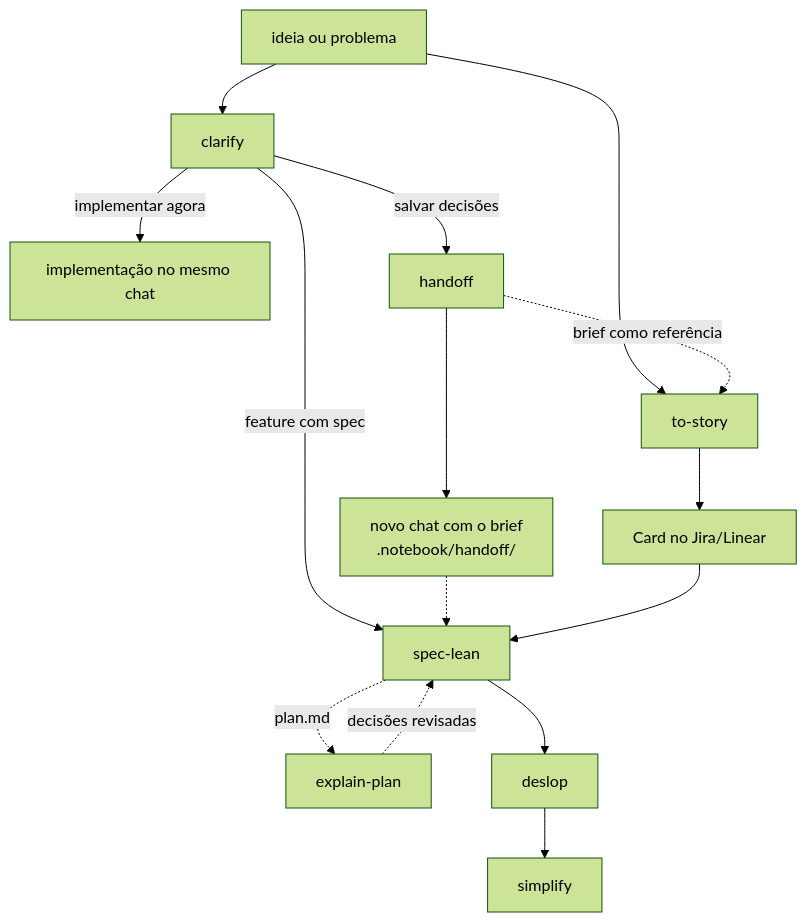
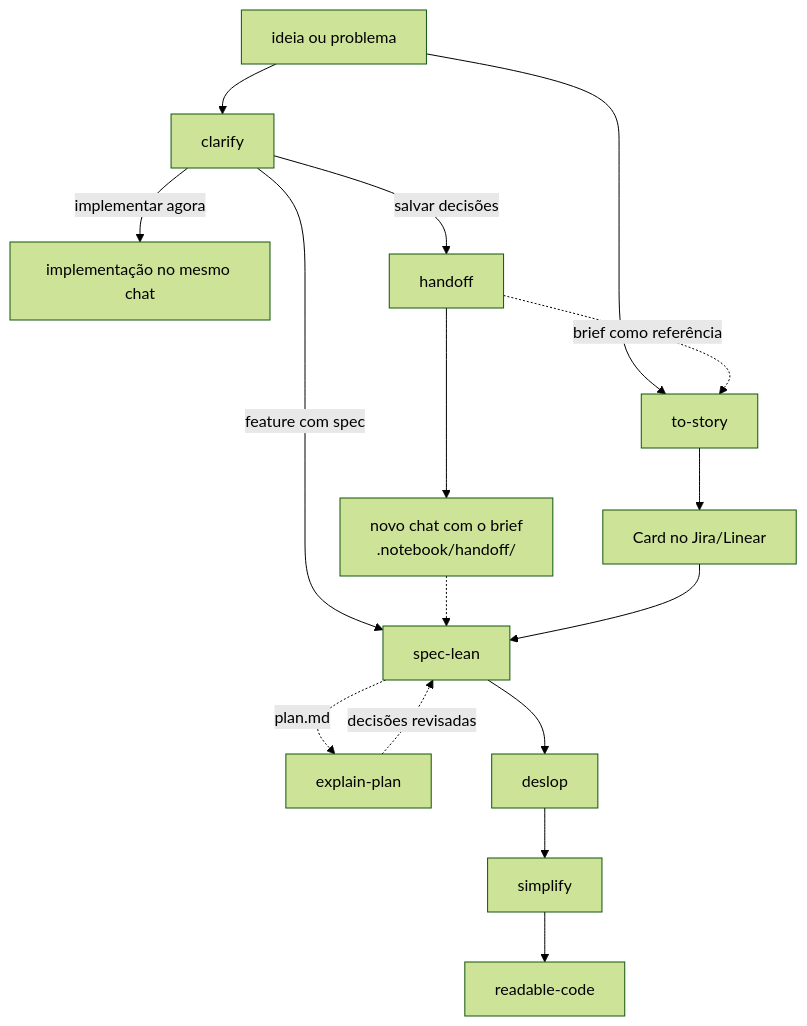
One commit to leaofelipe/ia-stuff changed the diagram in README.md. Above: the diagram before and after it, drawn with Mermaid (forest theme). The commit also changed other lines of this file and 1 other file, not shown here.

Commit message:
Add readable-code skill that improves branch readability without changing behavior.

````diff
--- a/README.md
+++ b/README.md
@@ -45,17 +46,18 @@
 ```mermaid
 flowchart TD
     ideia[ideia ou problema] --> clarify
     ideia --> story[to-story]
     clarify -->|implementar agora| impl[implementação no mesmo chat]
     clarify -->|feature com spec| spec[spec-lean]
     clarify -->|salvar decisões| handoff
     handoff --> novo["novo chat com o brief<br/>.notebook/handoff/"]
     novo -.-> spec
     handoff -.->|brief como referência| story
     story --> jira["Card no Jira/Linear"]
     jira --> spec
     spec -.->|plan.md| explain[explain-plan]
     explain -.->|decisões revisadas| spec
     spec --> slop[deslop]
     slop --> simplify
+    simplify --> readable[readable-code]
 ```
````
